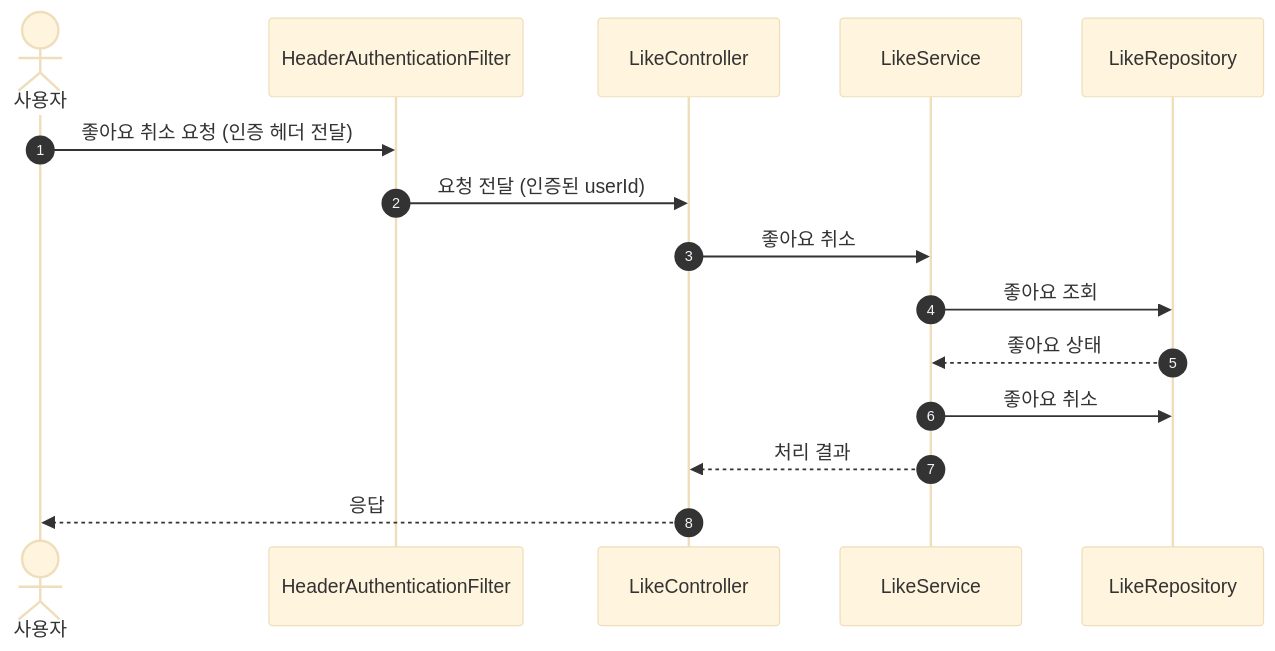
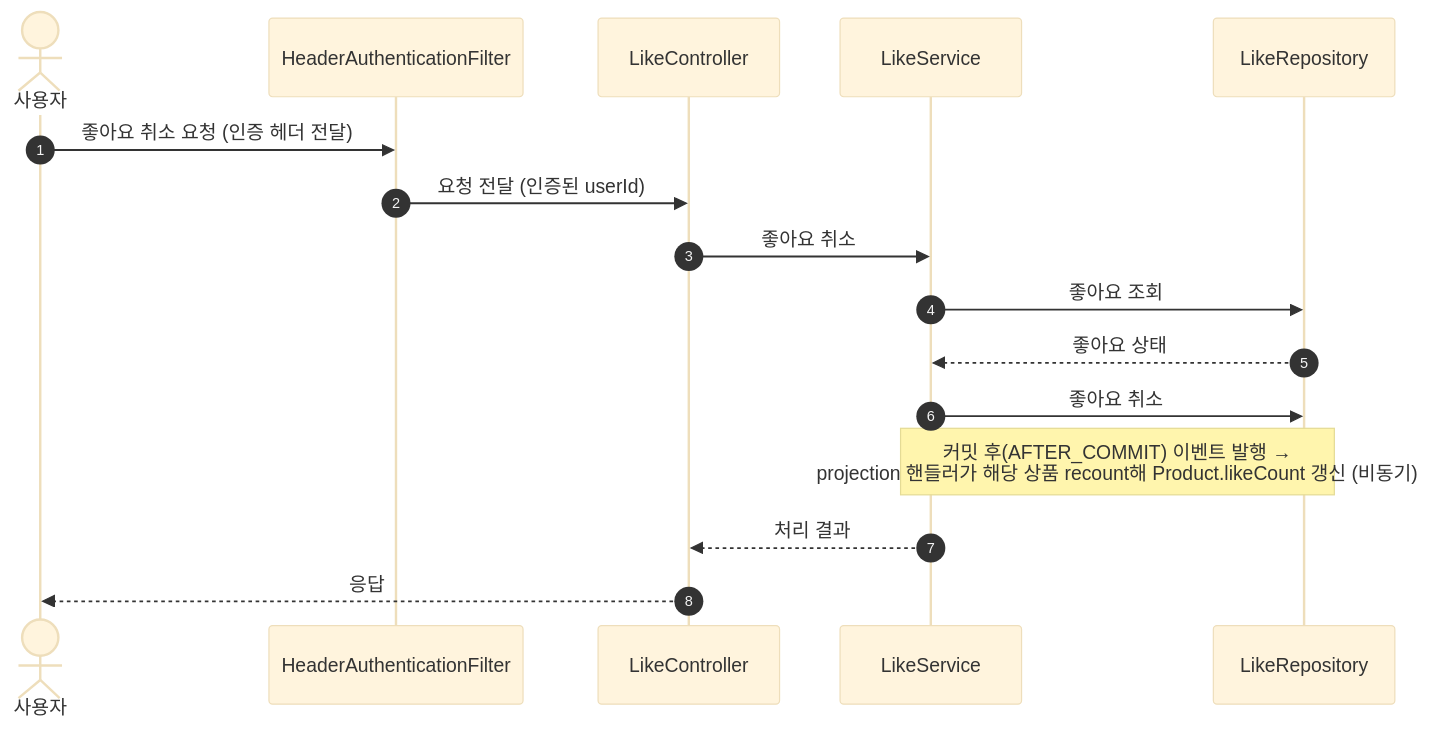
One commit to loopers-labs/loop-pack-be-l2-vol4-java changed diagram 12 of 17 in docs/week2/02-sequence-diagrams.md. Above: the diagram before and after it, drawn with Mermaid (base theme). The commit also changed other lines of this file and 3 other files, not shown here.

````diff
--- a/docs/week2/02-sequence-diagrams.md
+++ b/docs/week2/02-sequence-diagrams.md
@@ -289,18 +305,19 @@
 ```mermaid
 sequenceDiagram
     autonumber
     actor Client as 사용자
     participant Auth as HeaderAuthenticationFilter
     participant Controller as LikeController
     participant Service as LikeService
     participant LikeRepository as LikeRepository
 
     Client->>Auth: 좋아요 취소 요청 (인증 헤더 전달)
     Auth->>Controller: 요청 전달 (인증된 userId)
     Controller->>Service: 좋아요 취소
     Service->>LikeRepository: 좋아요 조회
     LikeRepository-->>Service: 좋아요 상태
     Service->>LikeRepository: 좋아요 취소
+    Note over Service,LikeRepository: 커밋 후(AFTER_COMMIT) 이벤트 발행 →<br/>projection 핸들러가 해당 상품 recount해 Product.likeCount 갱신 (비동기)
     Service-->>Controller: 처리 결과
     Controller-->>Client: 응답
 ```
````
